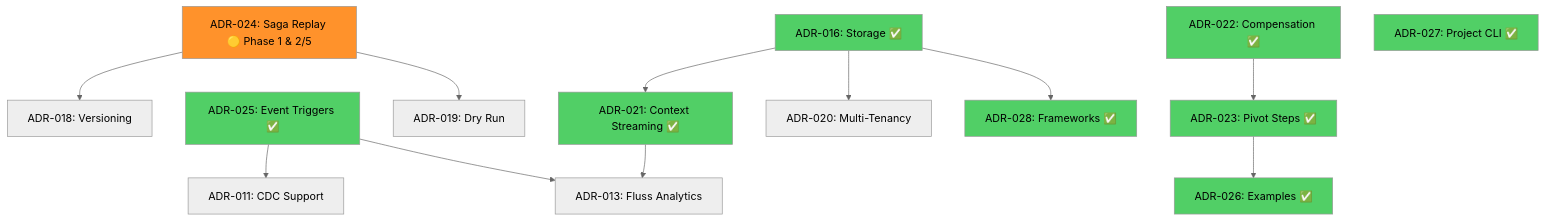
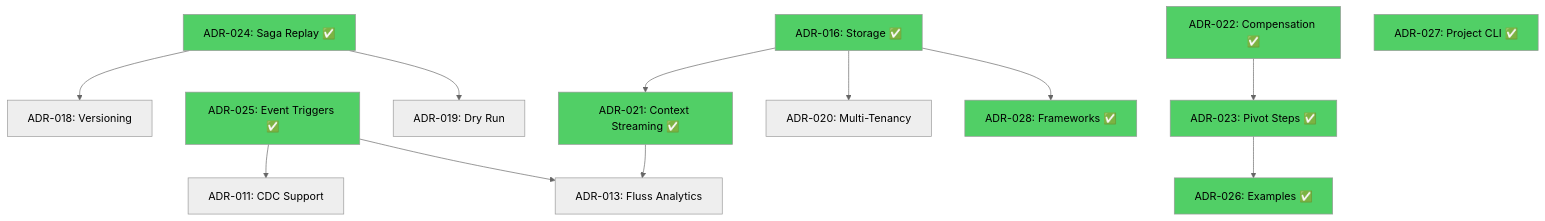
One commit to brunolnetto/sagaz changed the second of 2 diagrams in docs/architecture/adr-roadmap-dependencies.md. Above: the diagram before and after it, drawn with Mermaid (neutral theme). The commit also changed other lines of this file and 3 other files, not shown here.

````diff
--- a/docs/architecture/adr-roadmap-dependencies.md
+++ b/docs/architecture/adr-roadmap-dependencies.md
@@ -66,39 +66,39 @@
 ```mermaid
 graph TD
     %% Streaming dependencies (ADR-021 requires ADR-016)
     ADR016[ADR-016: Storage ✅] --> ADR021[ADR-021: Context Streaming ✅]
     
     %% Event triggers (independent, but enhances CDC)
     ADR025[ADR-025: Event Triggers ✅] --> ADR011[ADR-011: CDC Support]
     
     %% Replay chain
-    ADR024[ADR-024: Saga Replay 🟡 Phase 1 & 2/5] --> ADR018[ADR-018: Versioning]
+    ADR024[ADR-024: Saga Replay ✅] --> ADR018[ADR-018: Versioning]
     ADR024 --> ADR019[ADR-019: Dry Run]
     
     %% Multi-tenancy requires storage
     ADR016 --> ADR020[ADR-020: Multi-Tenancy]
     
     %% Advanced analytics requires streaming + triggers
     ADR021 --> ADR013[ADR-013: Fluss Analytics]
     ADR025 --> ADR013
     
     %% Framework integration requires storage
     ADR016 --> ADR028[ADR-028: Frameworks ✅]
     
     %% Pivot chain (independent of streaming!)
     ADR022[ADR-022: Compensation ✅] --> ADR023[ADR-023: Pivot Steps ✅]
     ADR023 --> ADR026[ADR-026: Examples ✅]
     
     style ADR016 fill:#51cf66
     style ADR022 fill:#51cf66
     style ADR023 fill:#51cf66
     style ADR026 fill:#51cf66
     style ADR028 fill:#51cf66
     style ADR025 fill:#51cf66
     style ADR027 fill:#51cf66
     style ADR021 fill:#51cf66
-    style ADR024 fill:#ff922b
+    style ADR024 fill:#51cf66
 
     %% Independent
     ADR027[ADR-027: Project CLI ✅]
 ```
````
